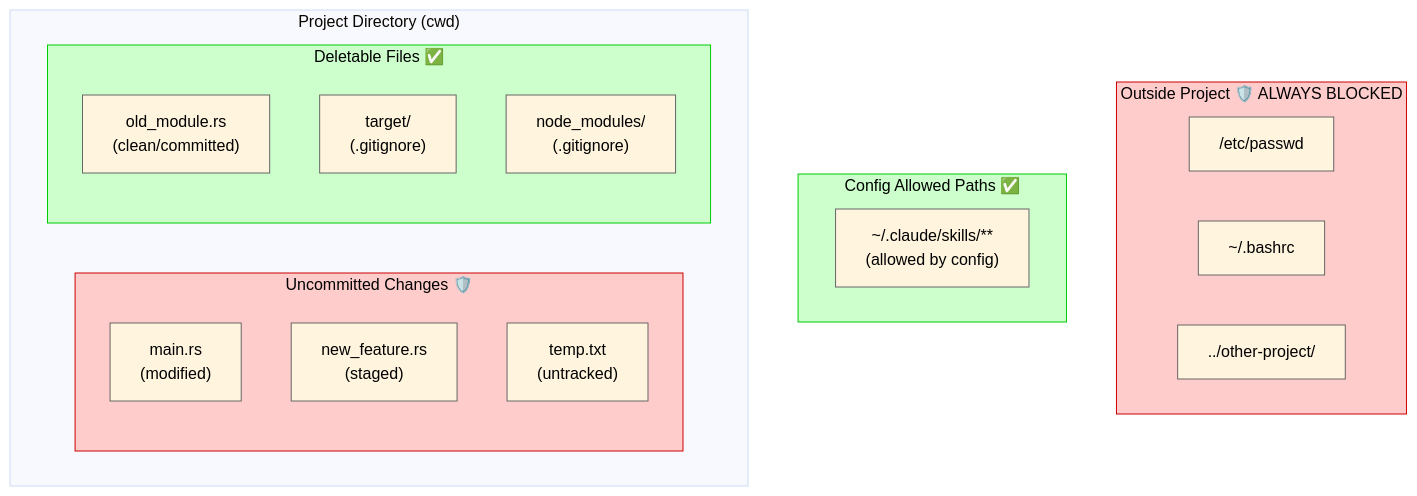
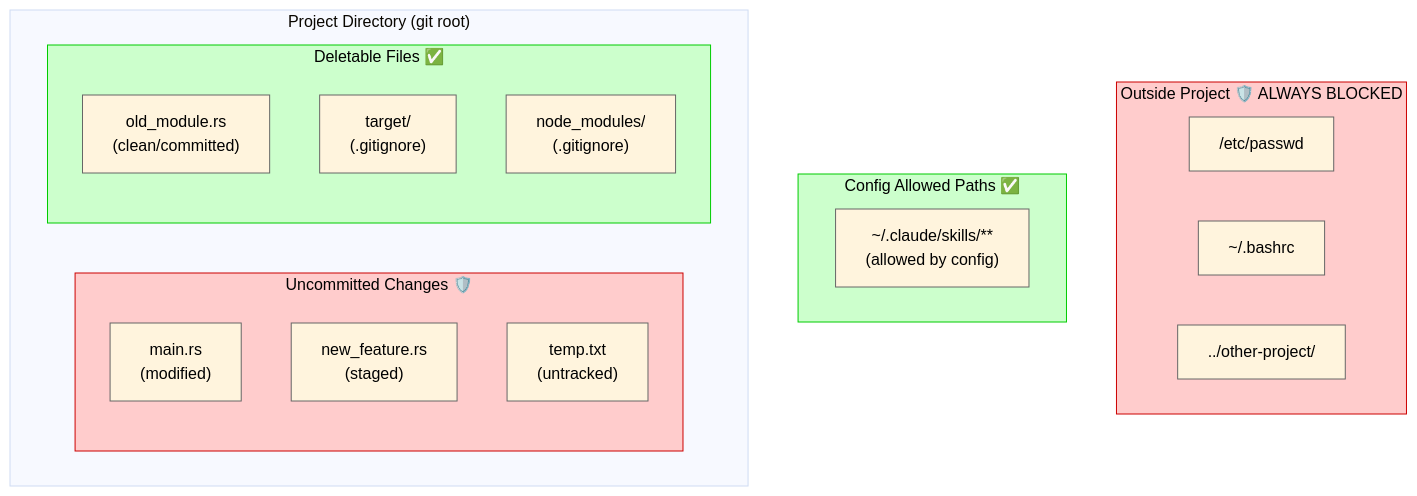
One commit to owayo/safe-rm changed the third of 3 diagrams in README.md. Above: the diagram before and after it, drawn with Mermaid. The commit also changed other lines of this file and 9 other files, not shown here.

````diff
--- a/README.md
+++ b/README.md
@@ -223,32 +223,32 @@
 ```mermaid
 %%{init: {'theme': 'base', 'themeVariables': { 'lineColor': '#666666', 'primaryTextColor': '#000000', 'primaryBorderColor': '#666666' }}}%%
 flowchart TB
     subgraph outside["Outside Project 🛡️ ALWAYS BLOCKED"]
         etc["/etc/passwd"]
         home["~/.bashrc"]
         other["../other-project/"]
     end
 
     subgraph allowed["Config Allowed Paths ✅"]
         skills["~/.claude/skills/**<br/>(allowed by config)"]
     end
 
-    subgraph project["Project Directory (cwd)"]
+    subgraph project["Project Directory (git root)"]
         subgraph dirty["Uncommitted Changes 🛡️"]
             modified["main.rs<br/>(modified)"]
             staged["new_feature.rs<br/>(staged)"]
             untracked["temp.txt<br/>(untracked)"]
         end
 
         subgraph deletable["Deletable Files ✅"]
             clean["old_module.rs<br/>(clean/committed)"]
             ignored["target/<br/>(.gitignore)"]
             nodemod["node_modules/<br/>(.gitignore)"]
         end
     end
 
     style outside fill:#ffcccc,stroke:#cc0000,color:#000000
     style allowed fill:#ccffcc,stroke:#00cc00,color:#000000
     style dirty fill:#ffcccc,stroke:#cc0000,color:#000000
     style deletable fill:#ccffcc,stroke:#00cc00,color:#000000
 ```
````
